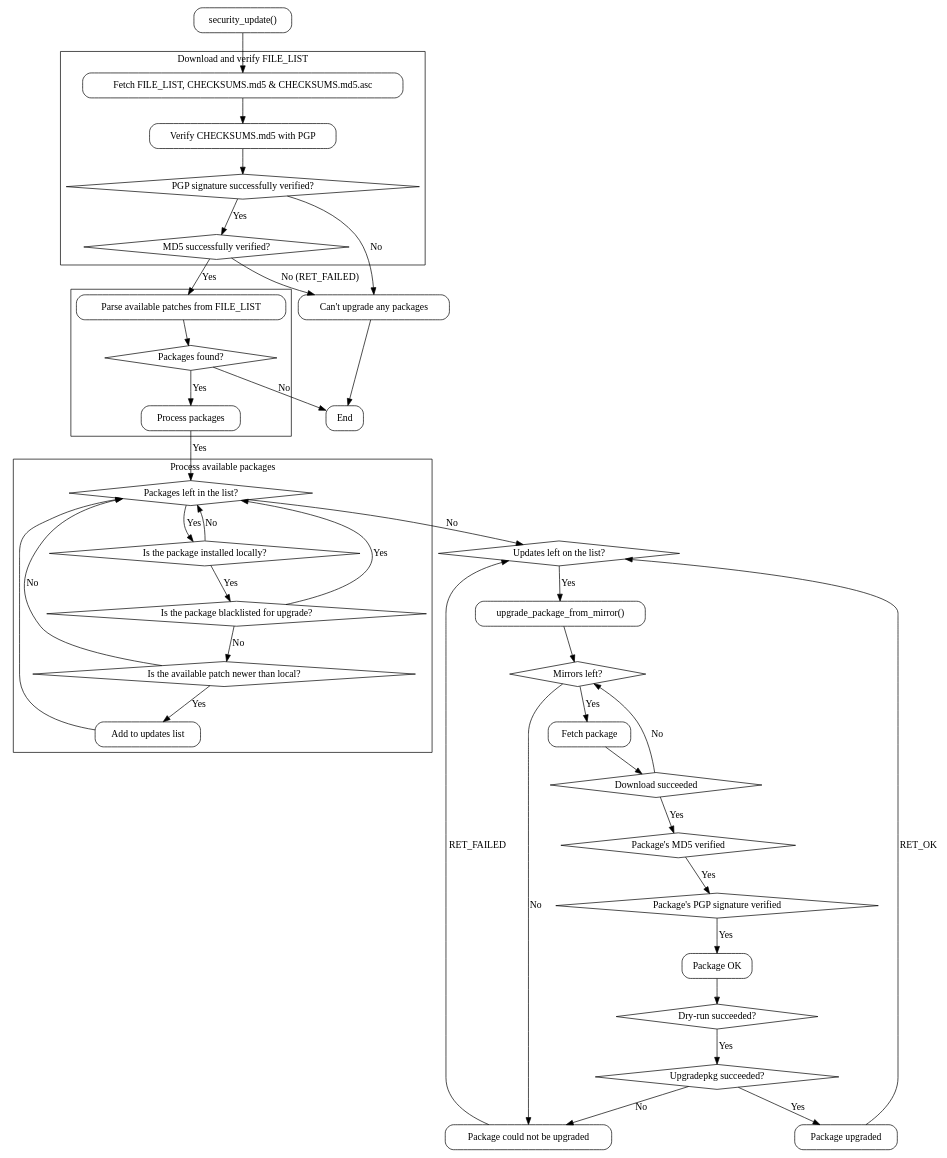
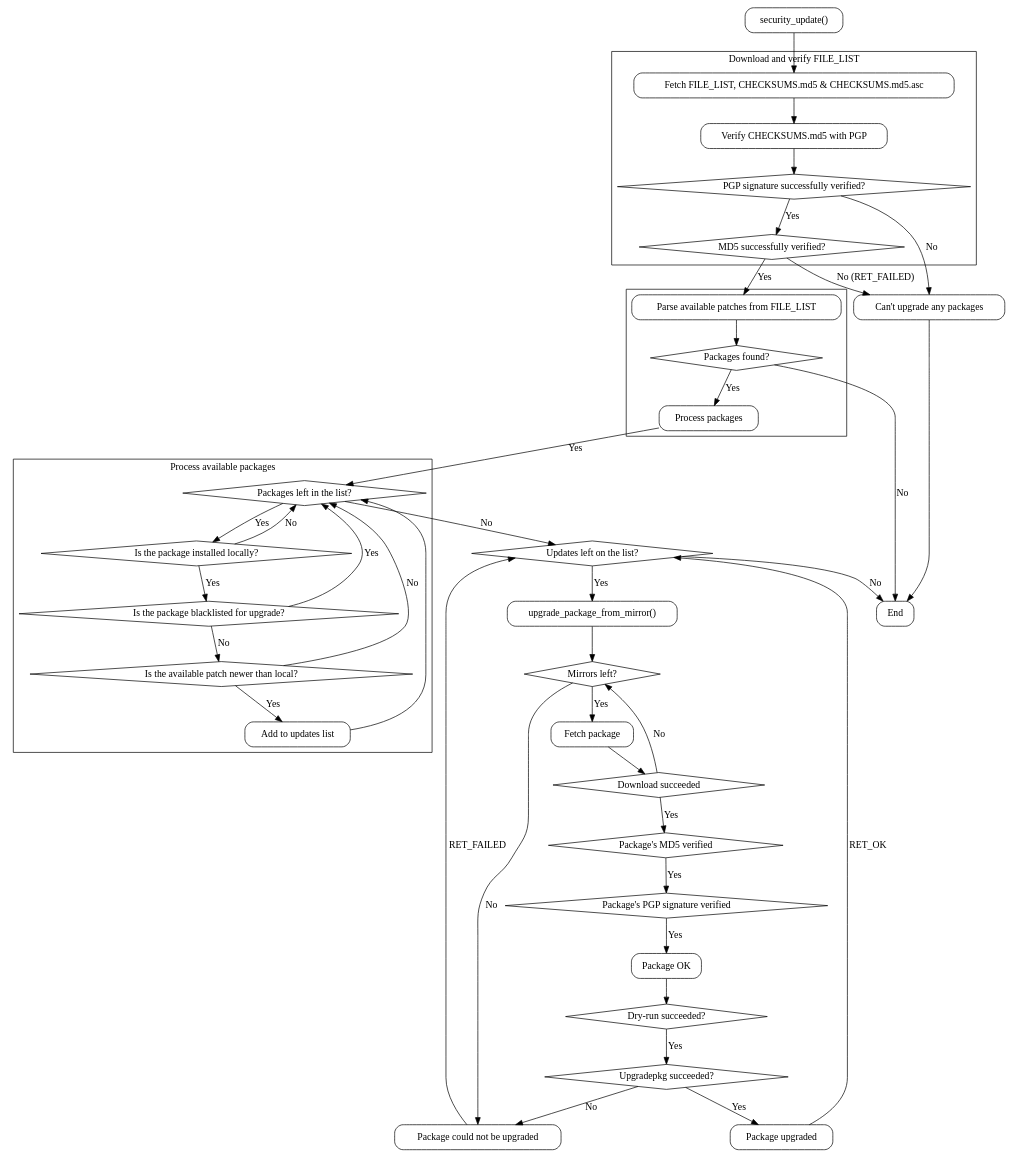
One commit to pyllyukko/swsp changed the diagram in how_it_works.dot. Above: the diagram before and after it, drawn with Graphviz.

Commit message:
updates_left_on_the_list -> end

```diff
--- a/how_it_works.dot
+++ b/how_it_works.dot
@@ -1,159 +1,160 @@
 /*
  * this is roughly how this script works:
  *
  *   - perform a bunch of sanity checks
  *   - detect the Slackware version and architecture in use
  *   - fetch the patches/FILE_LIST		file from $MAIN_MIRROR FTP
  *   - fetch the patches/CHECKSUMS.md5		file from $MAIN_MIRROR FTP
  *   - fetch the patches/CHECKSUMS.md5.asc	file from $MAIN_MIRROR FTP
  *   - verify the PGP signature of	CHECKSUMS.md5
  *   - verify the FILE_LIST MD5 from	CHECKSUMS.md5
  *   - at this point we should be confident that the patch list is authentic
  *   - read all available packages from FILE_LIST into $PACKAGES[] array
  *
  *   - go through the $PACKAGES[] array:
  *     - check if the package in question is installed on the local system
  *     - if $SELECT_UPDATES_INDIVIDUALLY is 1, let user choose whether to add
  *       the package to the $UPDATES[] array
  *     - go through the $UPDATE_BLACKLIST[] array to see if we should skip this
  *       patch
  *     - verify the slackware version tag in the package's revision field is
  *       correct, if available at all that is
  *     - if SKIP_VERSION_TEST is 0, perform version comparison against the
  *       currently installed versions with version_checker() and
  *       do_version_check() functions
  *       - if versions are the same, compare the revisions
  *     - if SKIP_VERSION_TEST is 1, just compare whether the versions are
  *       exactly same
  *   - add suitable packages to the $UPDATES[] array
  *   - print a brief summary about the packages in the $UPDATES[] array
  *
  *   - start processing the $UPDATES[] array:
  *     - try to fetch the SSA ID for the patch from www.slackware.com
  *     - check if the patch is a kernel upgrade, so we can notify the user that
  *       it needs some manual work
  *     - try all the $MIRRORS[] until the package and it's PGP signature file
  *       are downloaded
  *     - verify the package's MD5 from CHECKSUMS.md5 (note that CHECKSUMS.md5
  *       itself should already be verified at this point, also see
  *       $CHECKSUMS_VERIFIED variable)
  *     - verify the package's PGP signature
  *     - run upgradepkg with --dry-run first and the the real deal
  *     - if everything went well, add the applied patch to $UPGRADED_PACKAGES[]
  *       array, otherwise to the $FAILED_PACKAGES[] array
  *
  *   ... to be continued
  */
 digraph {
   start[shape="box", style=rounded];
   end[shape="box", style=rounded];
   fetch_FILE_LIST[shape="box", style=rounded];
   verify_checksums[shape="box", style=rounded];
   //verify_file_list[shape="box", style=rounded];
   md5_verified[shape="diamond", style=""];
   package_md5_verified[shape="diamond", style=""];
   package_pgp_verified[shape="diamond", style=""];
   package_ok[shape="box", style=rounded];
   pgp_verified[shape="diamond", style=""];
   fail[shape="box", style=rounded];
   parse_updates[shape="box", style=rounded];
   any_packages_found[shape="diamond", style=""];
   process_packages[shape="box", style=rounded];
   next_package[shape="diamond", style=""];
   is_package_installed[shape="diamond", style=""];
   is_package_blacklisted[shape="diamond", style=""];
   is_package_newer[shape="diamond", style=""];
   add_to_update_list[shape="box", style=rounded];
   updates_left_on_the_list[shape="diamond", style=""];
   upgrade_package_from_mirror[shape="box", style=rounded];
   next_mirror[shape="diamond", style=""];
   package_upgrade_failed[shape="box", style=rounded];
   fetch_package[shape="box", style=rounded];
   download_success[shape="diamond", style=""];
   dry_run[shape="diamond", style=""];
   upgradepkg[shape="diamond", style=""];
   package_upgraded[shape="box", style=rounded];
 
   start -> fetch_FILE_LIST;
   subgraph cluster0 {
     label="Download and verify FILE_LIST"
 
     fetch_FILE_LIST -> verify_checksums;
     verify_checksums -> pgp_verified;
     pgp_verified -> md5_verified[label="Yes"];
   }
   pgp_verified -> fail[label="No"];
   /*
   pgp_verified -> verify_file_list[label="Yes"];
   verify_file_list -> md5_verified;
   */
   md5_verified -> fail[label="No (RET_FAILED)"];
   fail -> end;
 
   subgraph cluster1 {
     md5_verified -> parse_updates[label="Yes"];
     parse_updates -> any_packages_found;
     any_packages_found -> process_packages[label="Yes"];
   }
   any_packages_found -> end[label="No"];
   process_packages -> next_package[label="Yes"];
 
   subgraph cluster2 {
     label="Process available packages";
     next_package -> is_package_installed[label="Yes"];
     is_package_installed -> next_package[label="No"];
     is_package_installed -> is_package_blacklisted[label="Yes"];
     is_package_blacklisted -> is_package_newer[label="No"];
     is_package_blacklisted -> next_package[label="Yes"];
     is_package_newer -> next_package[label="No"];
     is_package_newer -> add_to_update_list[label="Yes"];
   }
   add_to_update_list -> next_package;
   updates_left_on_the_list -> upgrade_package_from_mirror[label="Yes"];
+  updates_left_on_the_list -> end[label="No"];
   next_package -> updates_left_on_the_list[label="No"];
 
   upgrade_package_from_mirror -> next_mirror;
   next_mirror -> fetch_package[label="Yes"];
   next_mirror -> package_upgrade_failed[label="No"];
   fetch_package -> download_success;
   download_success -> next_mirror[label="No"];
   download_success -> package_md5_verified[label="Yes"];
   package_md5_verified -> package_pgp_verified[label="Yes"];
   package_pgp_verified -> package_ok[label="Yes"];
   package_ok -> dry_run;
   dry_run -> upgradepkg[label="Yes"];
   upgradepkg -> package_upgraded[label="Yes"];
 
   upgradepkg -> package_upgrade_failed[label="No"];
   package_upgraded -> updates_left_on_the_list[label="RET_OK"];
   package_upgrade_failed -> updates_left_on_the_list[label="RET_FAILED"];
 
   start[label="security_update()"];
   end[label="End"];
   fetch_FILE_LIST[label="Fetch FILE_LIST, CHECKSUMS.md5 & CHECKSUMS.md5.asc"];
   verify_checksums[label="Verify CHECKSUMS.md5 with PGP"];
   //verify_file_list[label="Verify FILE_LIST's MD5"];
   md5_verified[label="MD5 successfully verified?"];
   pgp_verified[label="PGP signature successfully verified?"];
   fail[label="Can't upgrade any packages"];
   parse_updates[label="Parse available patches from FILE_LIST"];
   any_packages_found[label="Packages found?"];
   process_packages[label="Process packages"];
   next_package[label="Packages left in the list?"];
   is_package_installed[label="Is the package installed locally?"];
   is_package_blacklisted[label="Is the package blacklisted for upgrade?"];
   is_package_newer[label="Is the available patch newer than local?"];
   add_to_update_list[label="Add to updates list"];
   updates_left_on_the_list[label="Updates left on the list?"];
   upgrade_package_from_mirror[label="upgrade_package_from_mirror()"];
   package_upgrade_failed[label="Package could not be upgraded"];
   next_mirror[label="Mirrors left?"];
   fetch_package[label="Fetch package"];
   download_success[label="Download succeeded"];
   package_md5_verified[label="Package's MD5 verified"];
   package_pgp_verified[label="Package's PGP signature verified"];
   package_ok[label="Package OK"];
   dry_run[label="Dry-run succeeded?"];
   upgradepkg[label="Upgradepkg succeeded?"];
   package_upgraded[label="Package upgraded"];
 }
```
